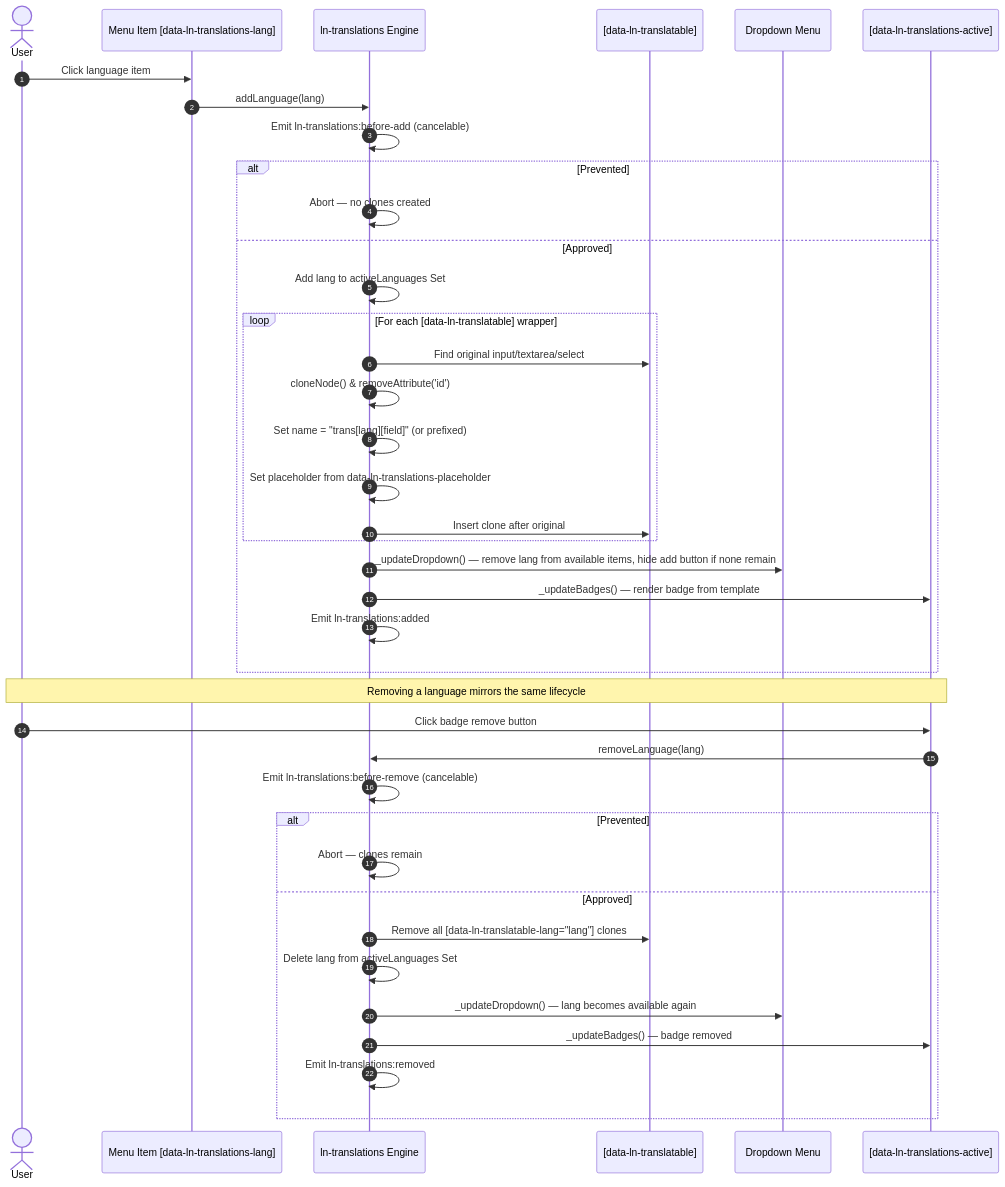
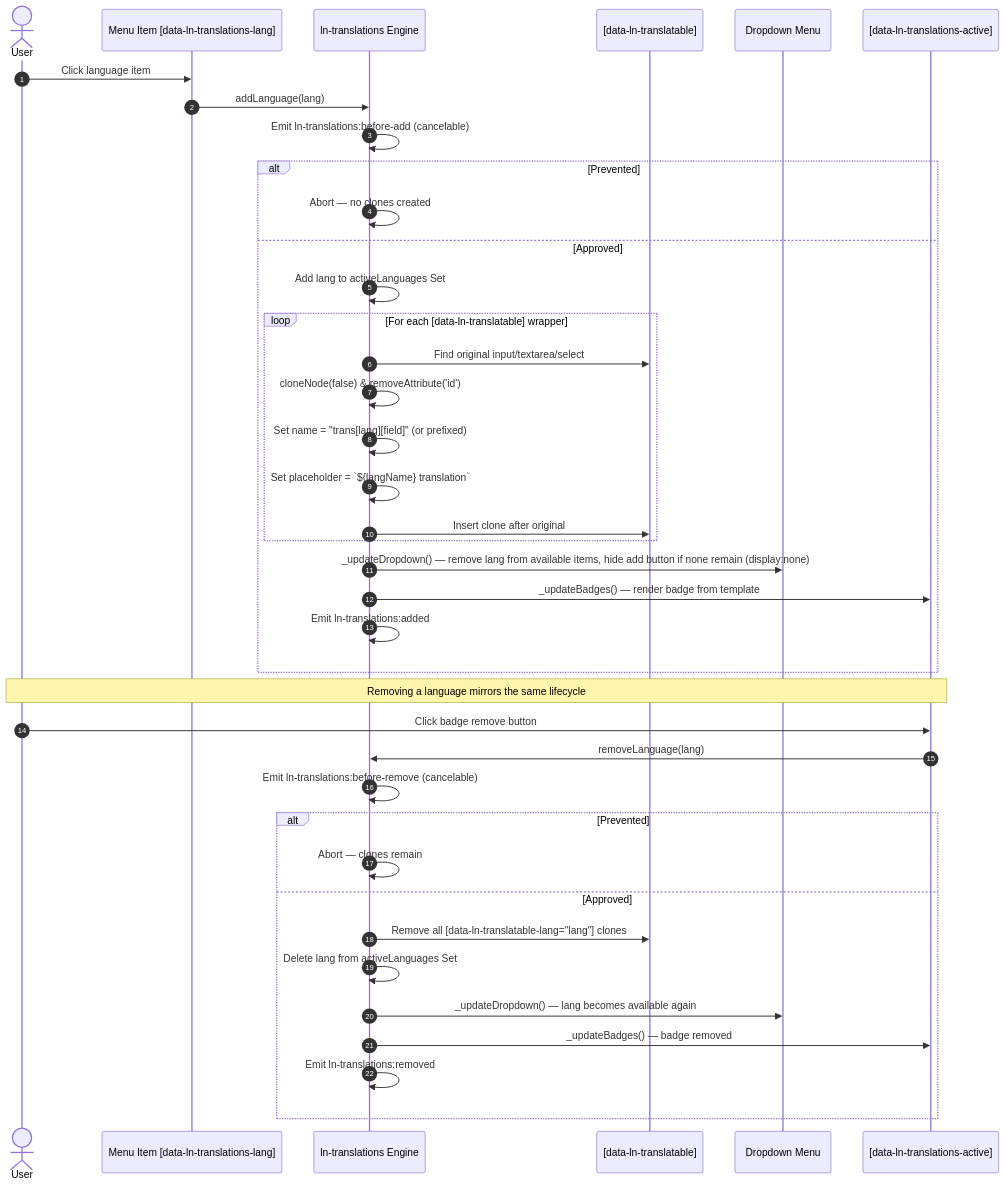
The diagram in docs-mcp/components/ln-translations.md (livenetworks/ln-ashlar), drawn with Mermaid before and after one commit. The commit also changed other lines of this file and 1 other file, not shown here.

Commit message:
docs: update and synchronize ln-translations documentation

````diff
--- a/docs-mcp/components/ln-translations.md
+++ b/docs-mcp/components/ln-translations.md
@@ -267,43 +265,43 @@
 ```mermaid
 sequenceDiagram
 	autonumber
 	actor User
 	participant Menu as Menu Item [data-ln-translations-lang]
 	participant Comp as ln-translations Engine
 	participant Wrapper as [data-ln-translatable]
 	participant Dropdown as Dropdown Menu
 	participant Badges as [data-ln-translations-active]
 
 	User->>Menu: Click language item
 	Menu->>Comp: addLanguage(lang)
 	Comp->>Comp: Emit ln-translations:before-add (cancelable)
 	alt Prevented
 		Comp->>Comp: Abort — no clones created
 	else Approved
 		Comp->>Comp: Add lang to activeLanguages Set
 		loop For each [data-ln-translatable] wrapper
 			Comp->>Wrapper: Find original input/textarea/select
-			Comp->>Comp: cloneNode() & removeAttribute('id')
+			Comp->>Comp: cloneNode(false) & removeAttribute('id')
 			Comp->>Comp: Set name = "trans[lang][field]" (or prefixed)
-			Comp->>Comp: Set placeholder from data-ln-translations-placeholder
+			Comp->>Comp: Set placeholder = `${langName} translation`
 			Comp->>Wrapper: Insert clone after original
 		end
-		Comp->>Dropdown: _updateDropdown() — remove lang from available items, hide add button if none remain
+		Comp->>Dropdown: _updateDropdown() — remove lang from available items, hide add button if none remain (display:none)
 		Comp->>Badges: _updateBadges() — render badge from template
 		Comp->>Comp: Emit ln-translations:added
 	end
 
 	Note over User,Badges: Removing a language mirrors the same lifecycle
 	User->>Badges: Click badge remove button
 	Badges->>Comp: removeLanguage(lang)
 	Comp->>Comp: Emit ln-translations:before-remove (cancelable)
 	alt Prevented
 		Comp->>Comp: Abort — clones remain
 	else Approved
 		Comp->>Wrapper: Remove all [data-ln-translatable-lang="lang"] clones
 		Comp->>Comp: Delete lang from activeLanguages Set
 		Comp->>Dropdown: _updateDropdown() — lang becomes available again
 		Comp->>Badges: _updateBadges() — badge removed
 		Comp->>Comp: Emit ln-translations:removed
 	end
 ```
````
